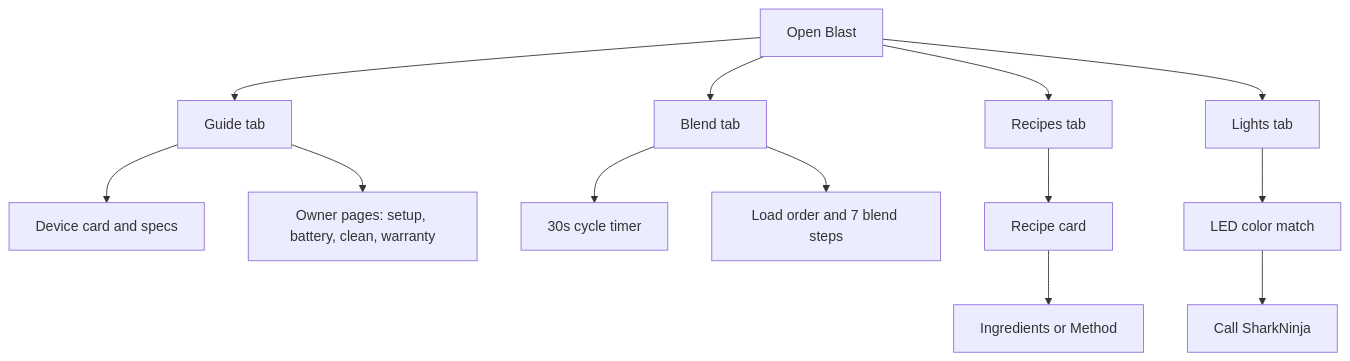
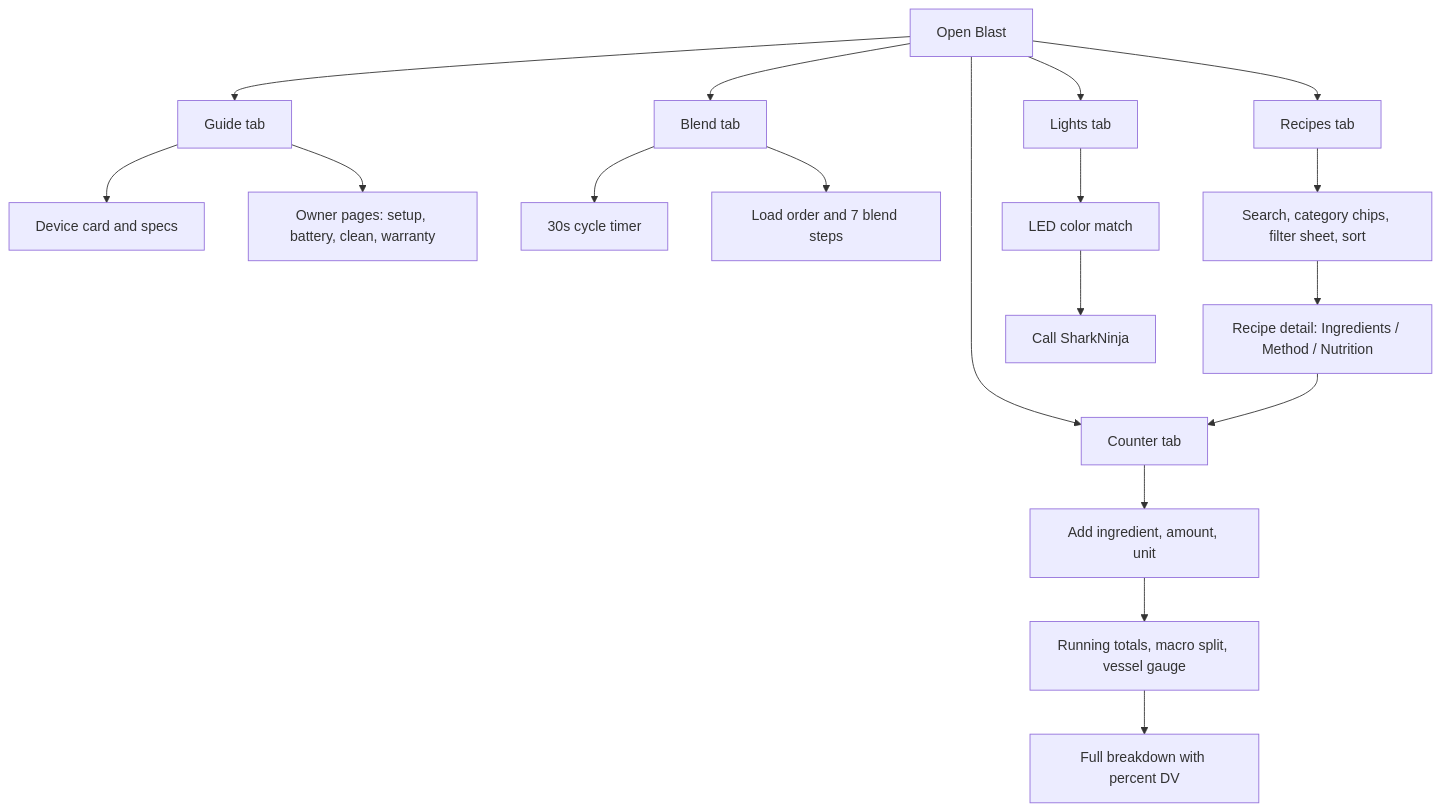
Before and after one commit to mikeshobes718/NinjaBlast: the diagram in README.md, drawn with Mermaid. The commit also changed other lines of this file and 10 other files, not shown here.

First line of the commit message:
feat: 299-recipe library with search and filters, plus nutrition counter

````diff
--- a/README.md
+++ b/README.md
@@ -18,15 +20,20 @@
 ```mermaid
 flowchart TD
     A[Open Blast] --> B[Guide tab]
     A --> C[Blend tab]
     A --> D[Recipes tab]
+    A --> N[Counter tab]
     A --> E[Lights tab]
     B --> F[Device card and specs]
     B --> G[Owner pages: setup, battery, clean, warranty]
     C --> H[30s cycle timer]
     C --> I[Load order and 7 blend steps]
-    D --> J[Recipe card]
-    J --> K[Ingredients or Method]
+    D --> J[Search, category chips, filter sheet, sort]
+    J --> K[Recipe detail: Ingredients / Method / Nutrition]
+    K --> N
+    N --> O[Add ingredient, amount, unit]
+    O --> P[Running totals, macro split, vessel gauge]
+    P --> Q[Full breakdown with percent DV]
     E --> L[LED color match]
     L --> M[Call SharkNinja]
 ```
````
